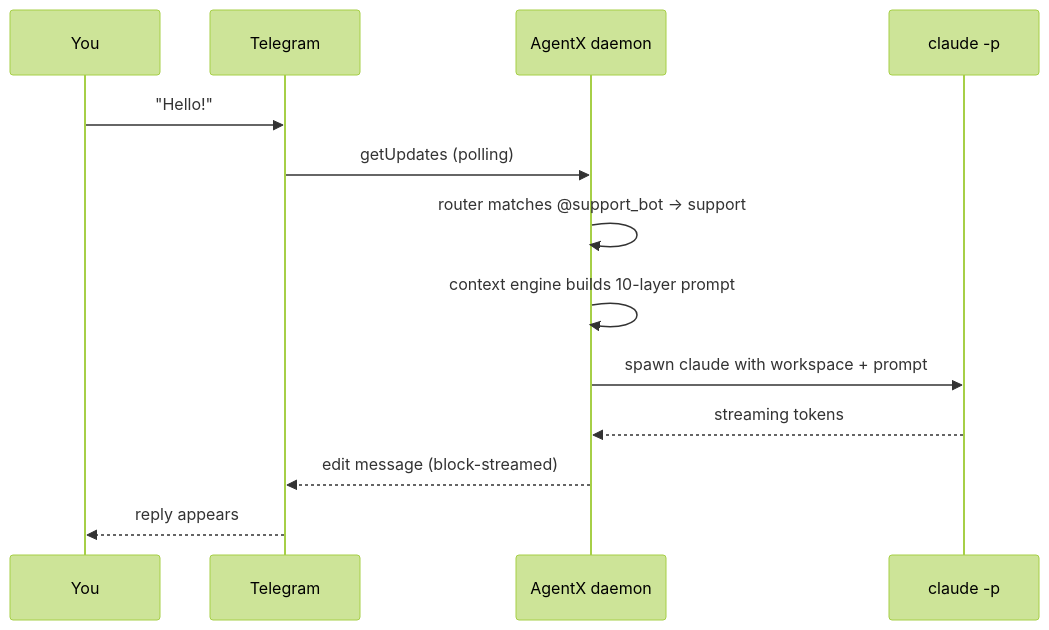
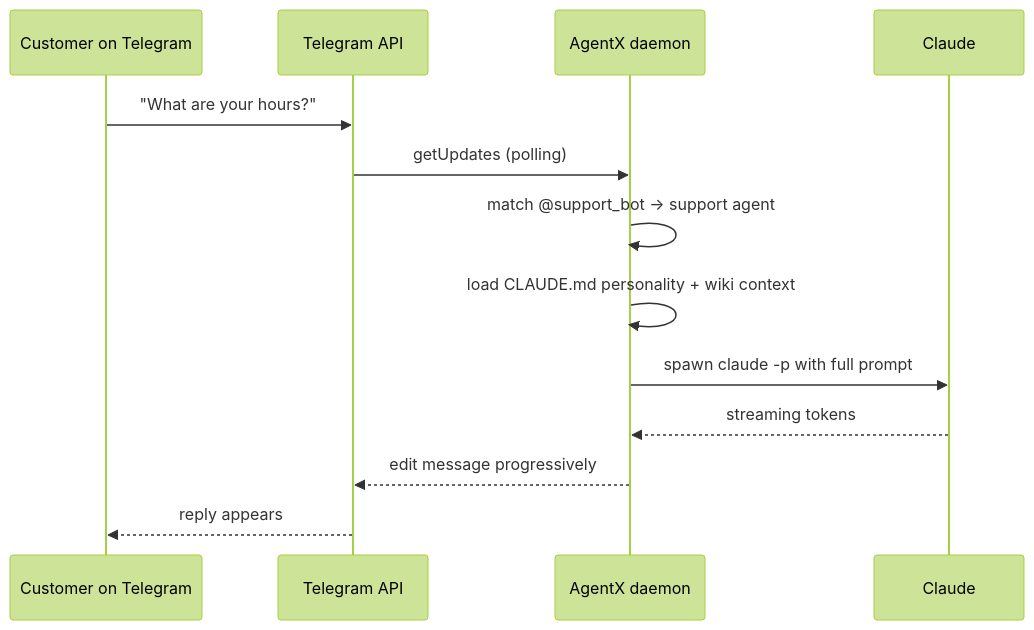
Before and after one commit to anis-marrouchi/agentx: the diagram in docs/journey/01-telegram-qa-bot.md, drawn with Mermaid (forest theme). The commit also changed other lines of this file and 16 other files, not shown here.

````diff
--- a/docs/journey/01-telegram-qa-bot.md
+++ b/docs/journey/01-telegram-qa-bot.md
@@ -102,15 +147,15 @@
 ```mermaid
 sequenceDiagram
-  participant U as You
-  participant TG as Telegram
+  participant U as Customer on Telegram
+  participant TG as Telegram API
   participant D as AgentX daemon
-  participant CC as claude -p
-  U->>TG: "Hello!"
+  participant C as Claude
+  U->>TG: "What are your hours?"
   TG->>D: getUpdates (polling)
-  D->>D: router matches @support_bot → support
-  D->>D: context engine builds 10-layer prompt
-  D->>CC: spawn claude with workspace + prompt
-  CC-->>D: streaming tokens
-  D-->>TG: edit message (block-streamed)
+  D->>D: match @support_bot → support agent
+  D->>D: load CLAUDE.md personality + wiki context
+  D->>C: spawn claude -p with full prompt
+  C-->>D: streaming tokens
+  D-->>TG: edit message progressively
   TG-->>U: reply appears
 ```
````
